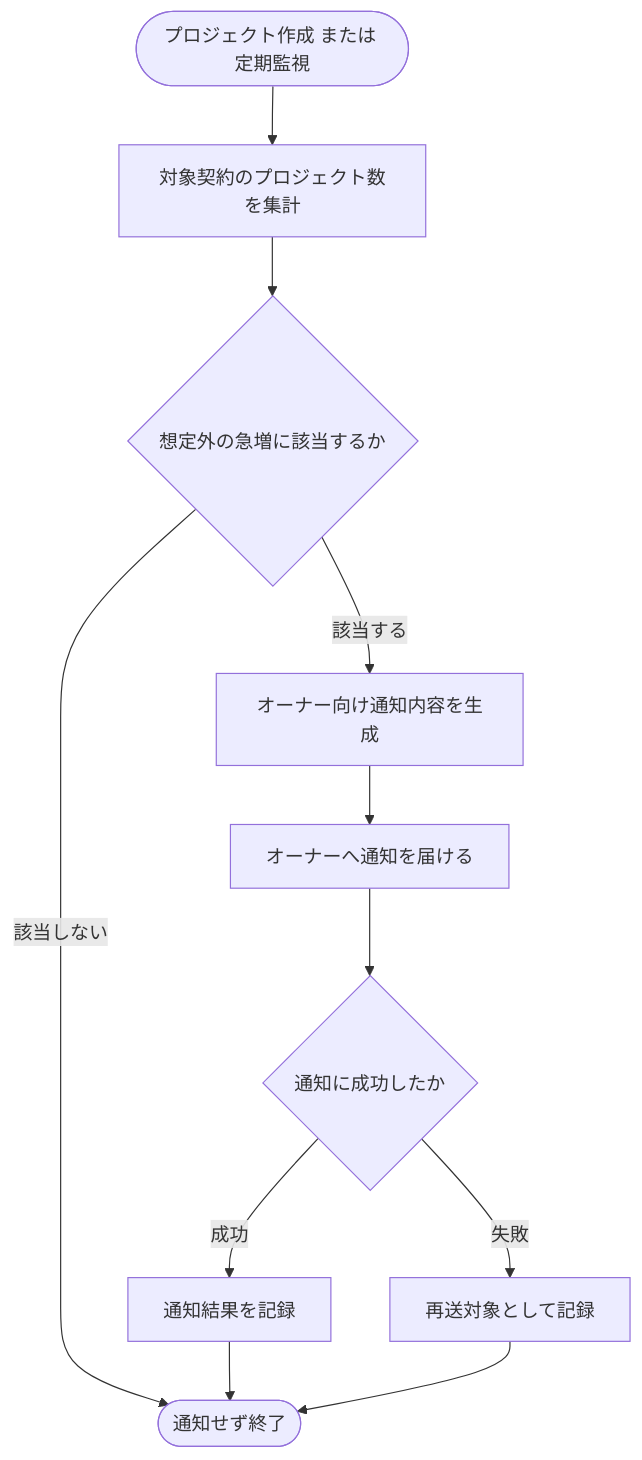
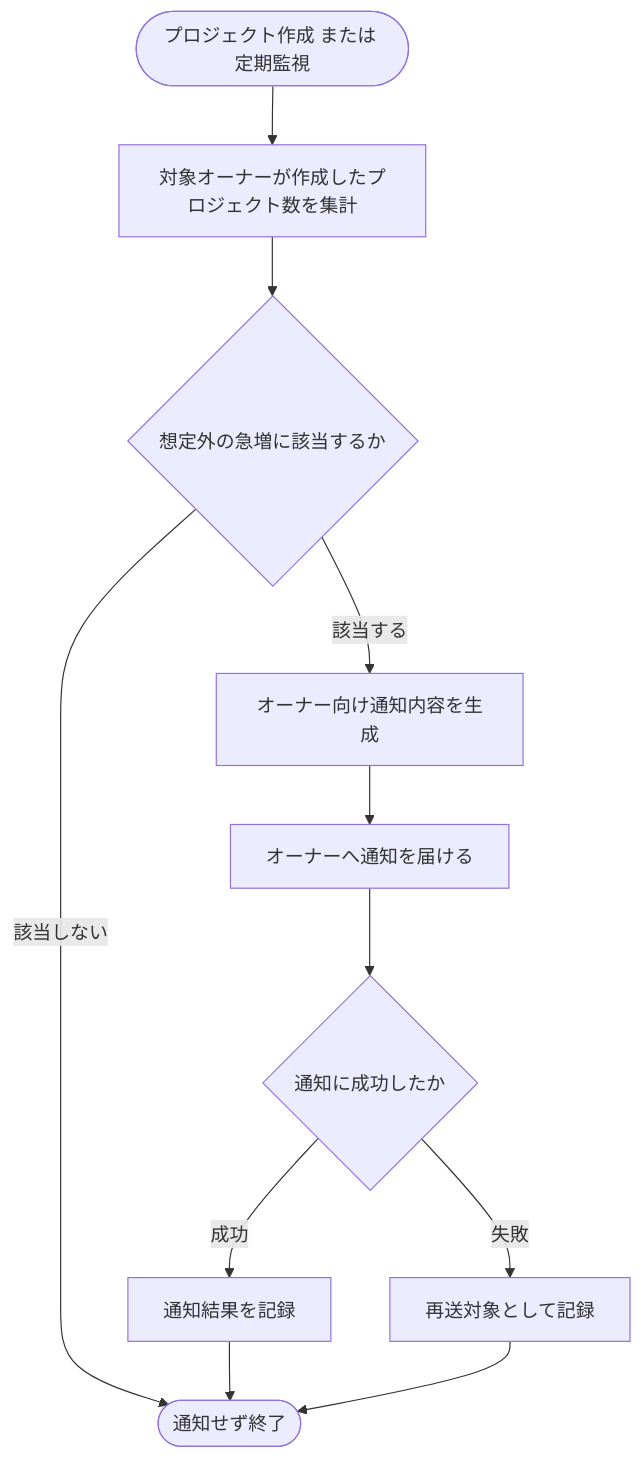
One commit to sikakou54/open-faq changed the diagram in 02_basic_design/02_backend/01_system/SYS-002.md. Above: the diagram before and after it, drawn with Mermaid. The commit also changed other lines of this file and 294 other files, not shown here.

````diff
--- a/02_basic_design/02_backend/01_system/SYS-002.md
+++ b/02_basic_design/02_backend/01_system/SYS-002.md
@@ -22,13 +22,13 @@
 ```mermaid
 flowchart TB
-  start([プロジェクト作成 または 定期監視]) --> agg[対象契約のプロジェクト数を集計]
+  start([プロジェクト作成 または 定期監視]) --> agg[対象オーナーが作成したプロジェクト数を集計]
   agg --> judge{想定外の急増に該当するか}
   judge -- 該当しない --> done([通知せず終了])
   judge -- 該当する --> compose[オーナー向け通知内容を生成]
   compose --> notify[オーナーへ通知を届ける]
   notify --> result{通知に成功したか}
   result -- 成功 --> log[通知結果を記録]
   log --> done
   result -- 失敗 --> retry[再送対象として記録]
   retry --> done
 ```
````
